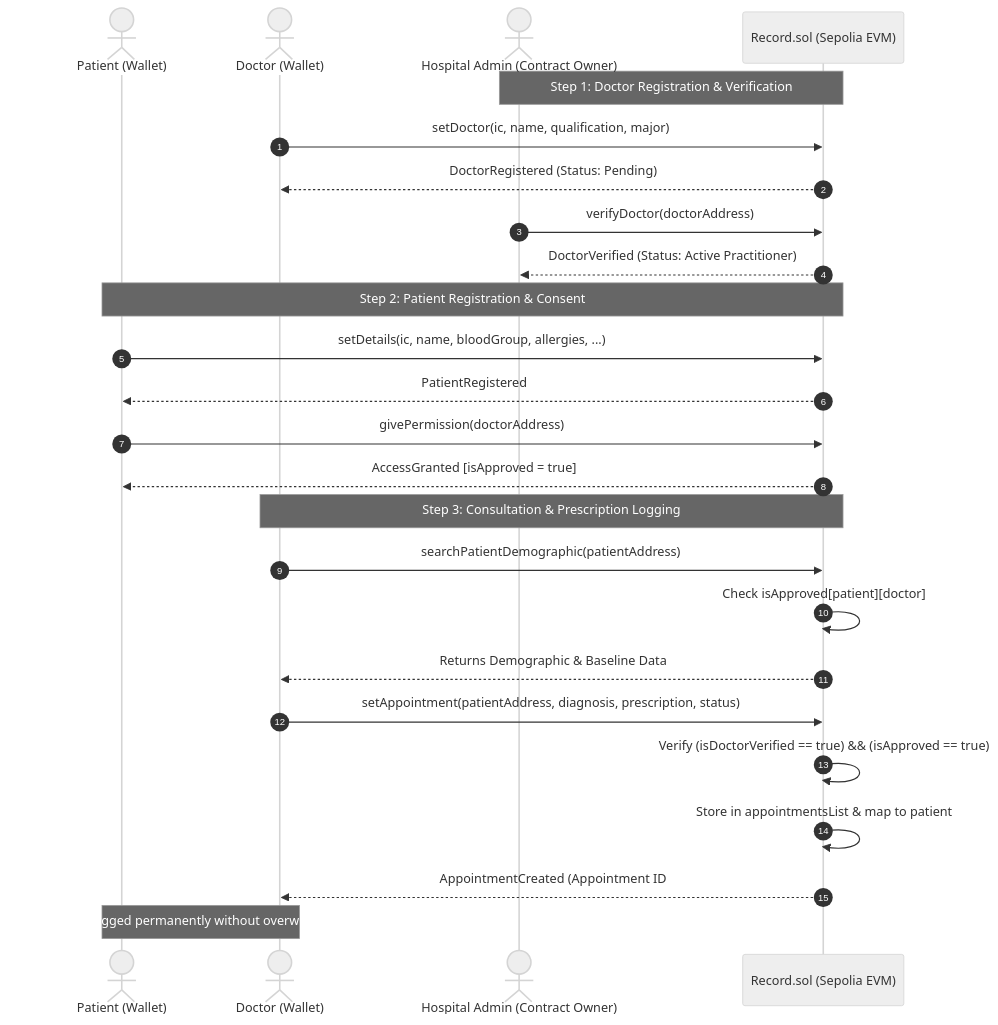
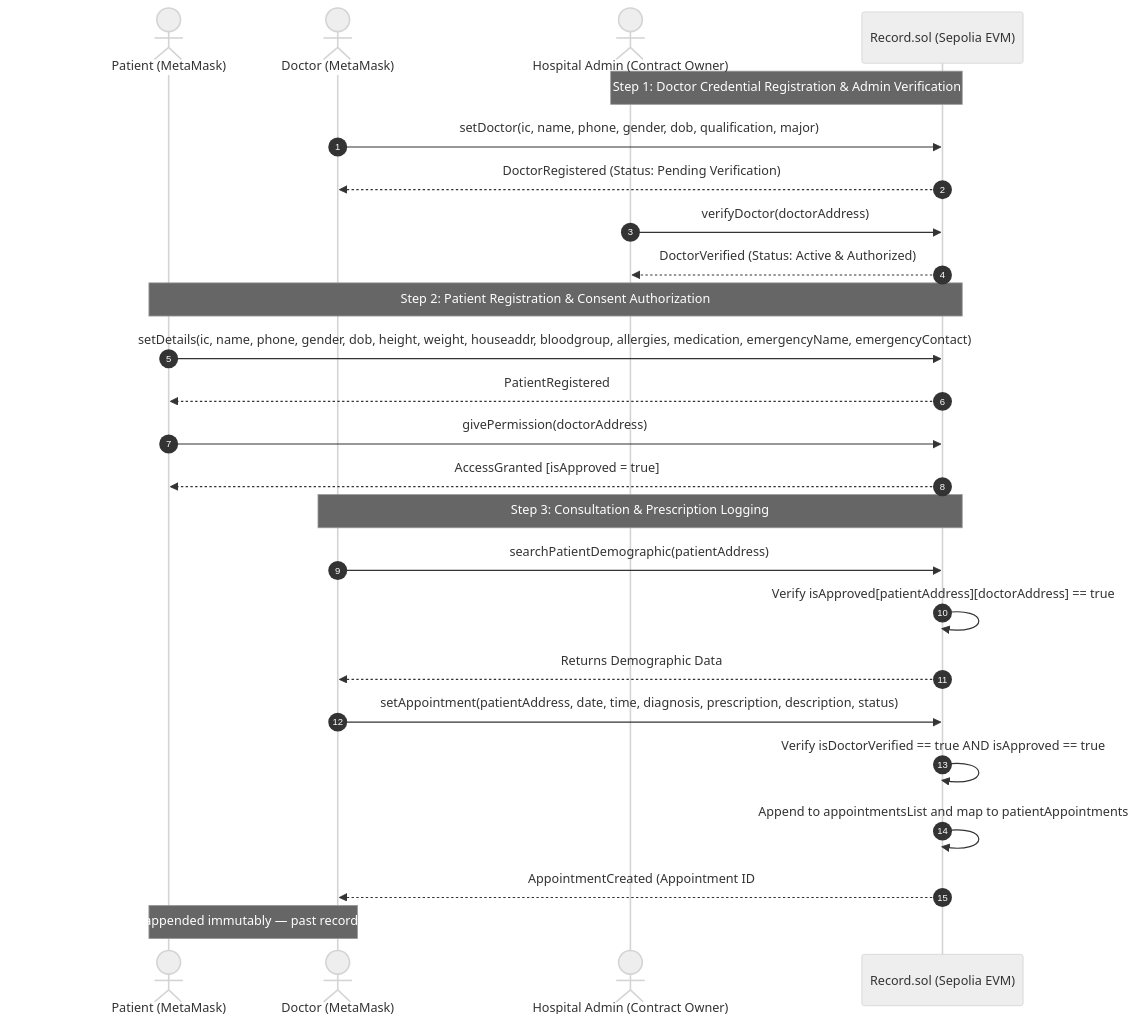
One commit to jaiswalism/blockchain-hospital-record changed the second of 2 diagrams in README.md. Above: the diagram before and after it, drawn with Mermaid (neutral theme). The commit also changed other lines of this file and 2 other files, not shown here.

````diff
--- a/README.md
+++ b/README.md
@@ -62,31 +76,31 @@
 ```mermaid
 sequenceDiagram
     autonumber
-    actor Patient as Patient (Wallet)
-    actor Doctor as Doctor (Wallet)
+    actor Patient as Patient (MetaMask)
+    actor Doctor as Doctor (MetaMask)
     actor Admin as Hospital Admin (Contract Owner)
     participant Contract as Record.sol (Sepolia EVM)
 
-    Note over Admin,Contract: Step 1: Doctor Registration & Verification
-    Doctor->>Contract: setDoctor(ic, name, qualification, major)
-    Contract-->>Doctor: DoctorRegistered (Status: Pending)
+    Note over Admin,Contract: Step 1: Doctor Credential Registration & Admin Verification
+    Doctor->>Contract: setDoctor(ic, name, phone, gender, dob, qualification, major)
+    Contract-->>Doctor: DoctorRegistered (Status: Pending Verification)
     Admin->>Contract: verifyDoctor(doctorAddress)
-    Contract-->>Admin: DoctorVerified (Status: Active Practitioner)
+    Contract-->>Admin: DoctorVerified (Status: Active & Authorized)
 
-    Note over Patient,Contract: Step 2: Patient Registration & Consent
-    Patient->>Contract: setDetails(ic, name, bloodGroup, allergies, ...)
+    Note over Patient,Contract: Step 2: Patient Registration & Consent Authorization
+    Patient->>Contract: setDetails(ic, name, phone, gender, dob, height, weight, houseaddr, bloodgroup, allergies, medication, emergencyName, emergencyContact)
     Contract-->>Patient: PatientRegistered
     Patient->>Contract: givePermission(doctorAddress)
     Contract-->>Patient: AccessGranted [isApproved = true]
 
     Note over Doctor,Contract: Step 3: Consultation & Prescription Logging
     Doctor->>Contract: searchPatientDemographic(patientAddress)
-    Contract->>Contract: Check isApproved[patient][doctor]
-    Contract-->>Doctor: Returns Demographic & Baseline Data
+    Contract->>Contract: Verify isApproved[patientAddress][doctorAddress] == true
+    Contract-->>Doctor: Returns Demographic Data
 
-    Doctor->>Contract: setAppointment(patientAddress, diagnosis, prescription, status)
-    Contract->>Contract: Verify (isDoctorVerified == true) && (isApproved == true)
-    Contract->>Contract: Store in appointmentsList & map to patient
+    Doctor->>Contract: setAppointment(patientAddress, date, time, diagnosis, prescription, description, status)
+    Contract->>Contract: Verify isDoctorVerified == true AND isApproved == true
+    Contract->>Contract: Append to appointmentsList and map to patientAppointments
     Contract-->>Doctor: AppointmentCreated (Appointment ID #)
-    Note over Doctor,Patient: Appointment logged permanently without overwriting past visits
+    Note over Doctor,Patient: Consultation history is appended immutably — past records are never overwritten!
 ```
````
